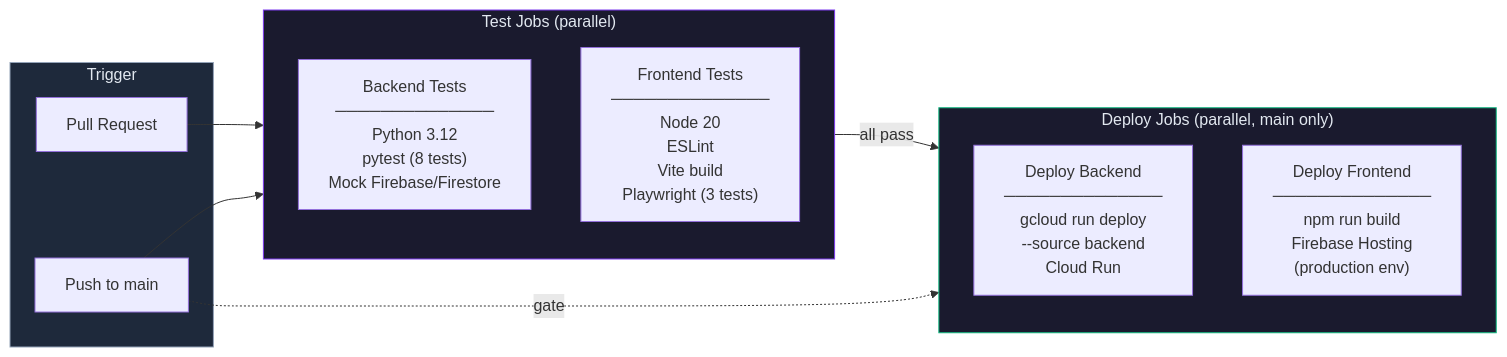
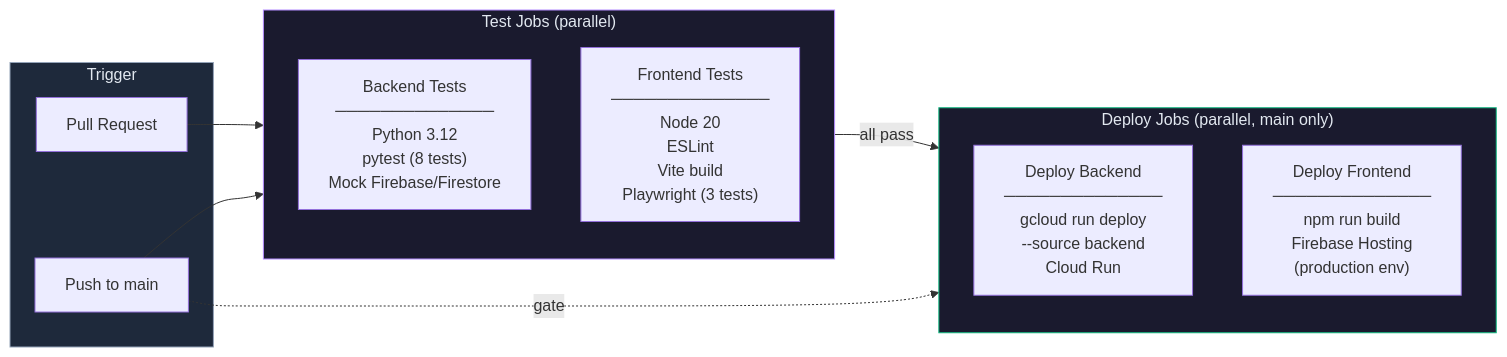
One commit to Dileep2896/reveria changed the third of 8 diagrams in README.md. Above: the diagram before and after it, drawn with Mermaid. The commit also changed other lines of this file and 68 other files, not shown here.

````diff
--- a/README.md
+++ b/README.md
@@ -233,28 +228,28 @@
 ```mermaid
 flowchart LR
     subgraph Trigger["Trigger"]
         PR["Pull Request"]
         Push["Push to main"]
     end
 
     subgraph Tests["Test Jobs (parallel)"]
         direction TB
         BT["Backend Tests<br/>──────────────<br/>Python 3.12<br/>pytest (8 tests)<br/>Mock Firebase/Firestore"]
         FT["Frontend Tests<br/>──────────────<br/>Node 20<br/>ESLint<br/>Vite build<br/>Playwright (3 tests)"]
     end
 
     subgraph Deploy["Deploy Jobs (parallel, main only)"]
         direction TB
         DB["Deploy Backend<br/>──────────────<br/>gcloud run deploy<br/>--source backend<br/>Cloud Run"]
         DF["Deploy Frontend<br/>──────────────<br/>npm run build<br/>Firebase Hosting<br/>(production env)"]
     end
 
     PR --> Tests
     Push --> Tests
     Tests -->|"all pass"| Deploy
     Push -.->|"gate"| Deploy
 
     style Trigger fill:#1e293b,stroke:#94a3b8,color:#e2e8f0
-    style Tests fill:#1a1a2e,stroke:#7c3aed,color:#e2e8f0
+    style Tests fill:#1a1a2e,stroke:#b48cff,color:#e2e8f0
     style Deploy fill:#1a1a2e,stroke:#10b981,color:#e2e8f0
 ```
````
